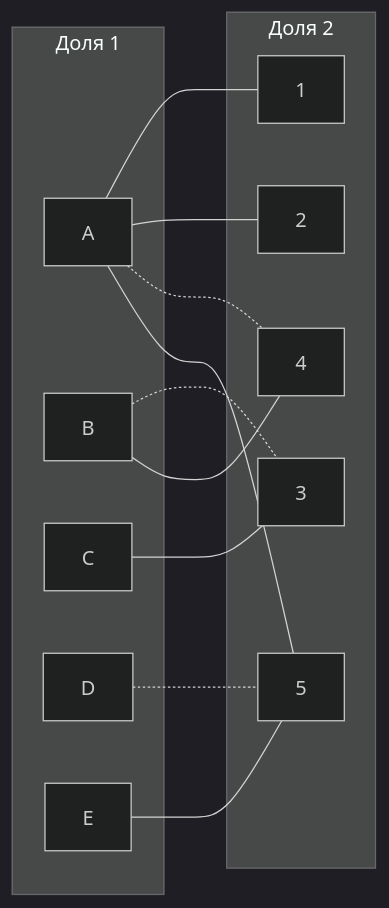
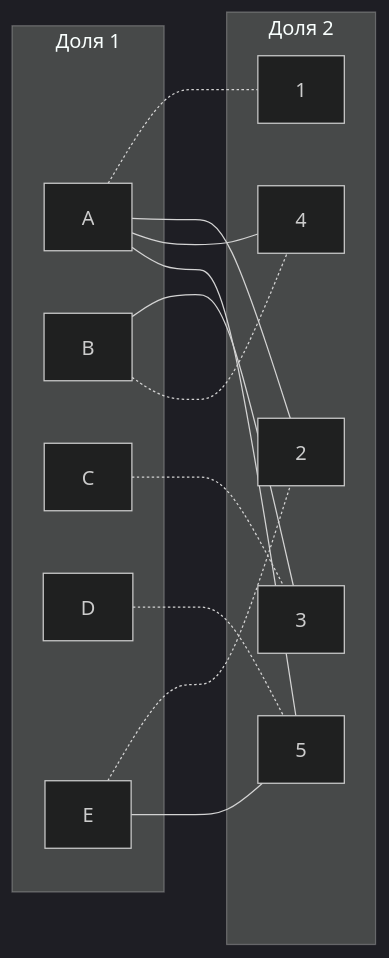
One commit to HSE-algo-23-crow/manual_tasks changed diagram 12 of 12 in task_13/Mongolian_tomatoes.md. Above: the diagram before and after it, drawn with Mermaid (dark theme). The commit also changed other lines of this file, not shown here.

````diff
--- a/task_13/Mongolian_tomatoes.md
+++ b/task_13/Mongolian_tomatoes.md
@@ -213,26 +288,27 @@
 ```mermaid
 graph LR
     subgraph "Доля 1"
         A[A]
         B[B]
         C[C]
         D[D]
         E[E]
     end
     subgraph "Доля 2"
         1[1]
         2[2]
         3[3]
         4[4]
         5[5]
     end
-    A --- 1
+    A -.- 1
     A --- 2
-    A -.- 4
+    A --- 4
     A --- 5
-    B -.- 3
-    B --- 4
-    C --- 3
+    B --- 3
+    B -.- 4
+    C -.- 3
     D -.- 5
+    E -.- 2
     E --- 5
 ```
````
